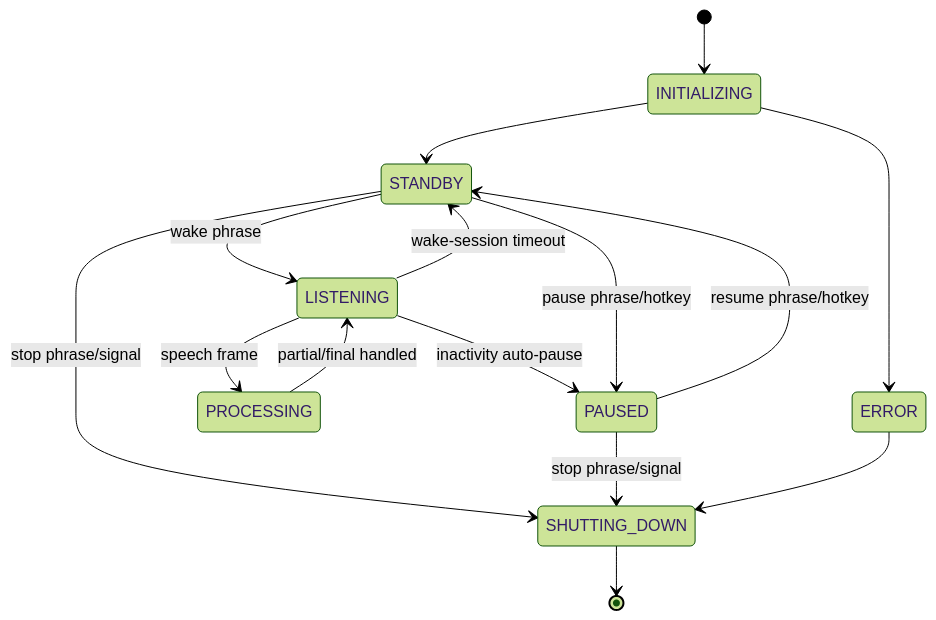
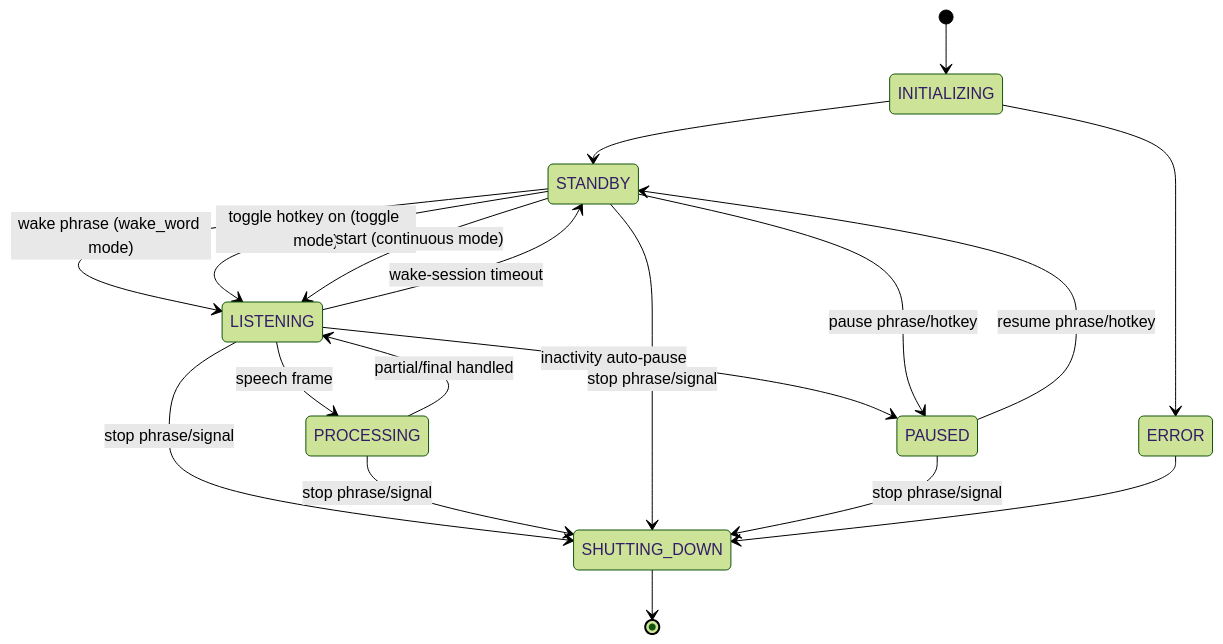
One commit to ihmorol/VoiceKey changed the second of 3 diagrams in architecture.md. Above: the diagram before and after it, drawn with Mermaid (forest theme). The commit also changed other lines of this file and 13 other files, not shown here.

````diff
--- a/architecture.md
+++ b/architecture.md
@@ -107,21 +107,26 @@
 ```mermaid
 stateDiagram-v2
     [*] --> INITIALIZING
     INITIALIZING --> STANDBY
     INITIALIZING --> ERROR
 
-    STANDBY --> LISTENING : wake phrase
+    STANDBY --> LISTENING : wake phrase (wake_word mode)
+    STANDBY --> LISTENING : toggle hotkey on (toggle mode)
+    STANDBY --> LISTENING : start (continuous mode)
+
     LISTENING --> PROCESSING : speech frame
     PROCESSING --> LISTENING : partial/final handled
 
     LISTENING --> STANDBY : wake-session timeout
     LISTENING --> PAUSED : inactivity auto-pause
+    LISTENING --> SHUTTING_DOWN : stop phrase/signal
+    PROCESSING --> SHUTTING_DOWN : stop phrase/signal
 
     STANDBY --> PAUSED : pause phrase/hotkey
     PAUSED --> STANDBY : resume phrase/hotkey
 
     STANDBY --> SHUTTING_DOWN : stop phrase/signal
     PAUSED --> SHUTTING_DOWN : stop phrase/signal
     ERROR --> SHUTTING_DOWN
     SHUTTING_DOWN --> [*]
 ```
````
